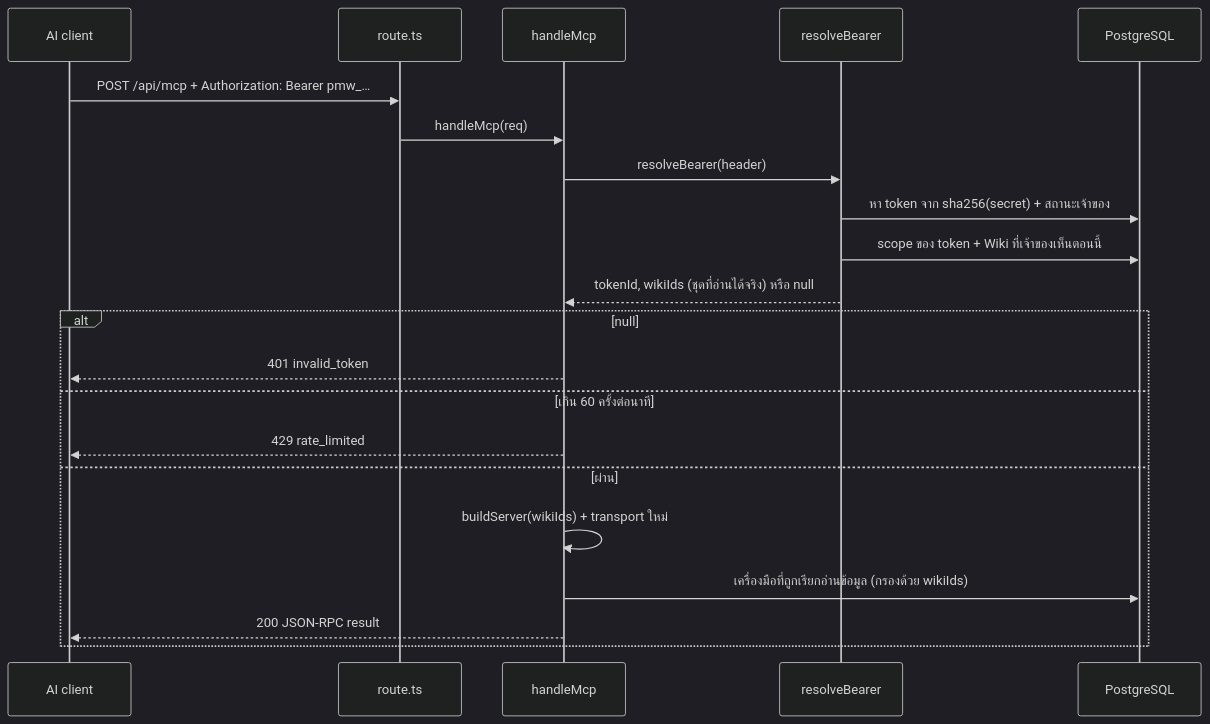
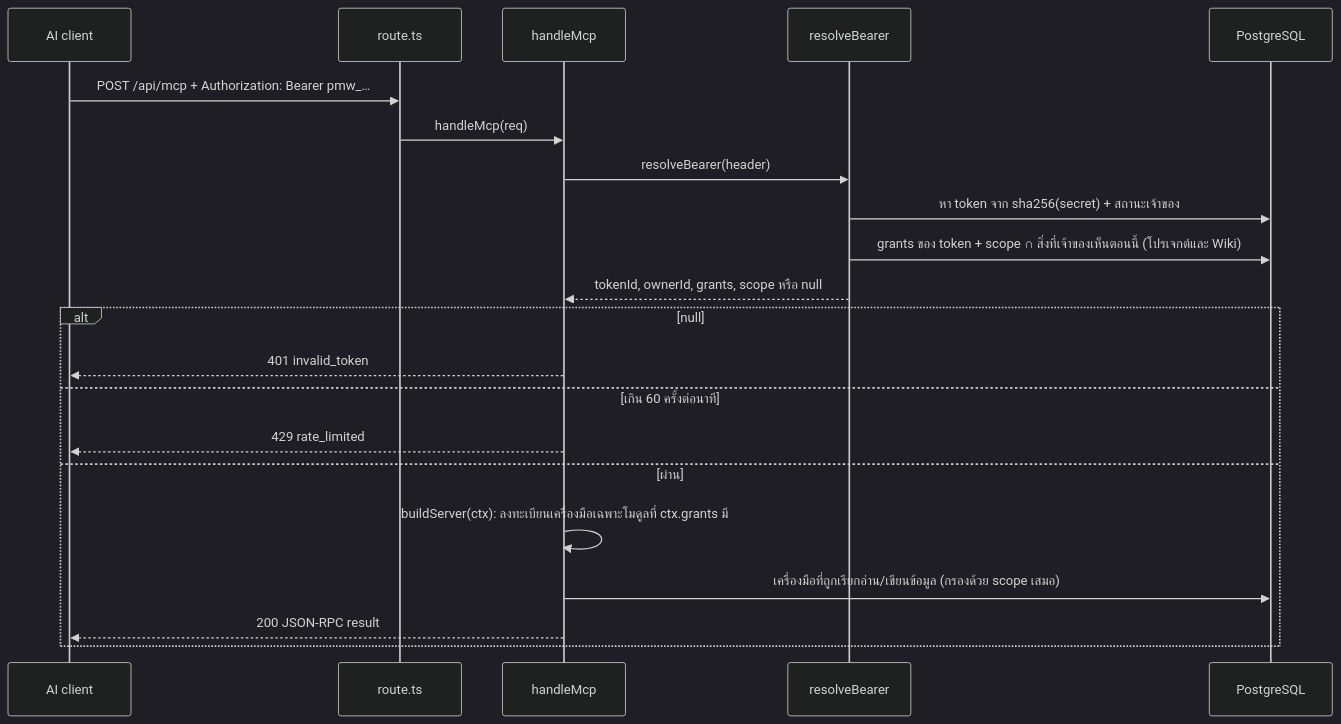
Before and after one commit to omkod2025/project-management-team: the diagram in docs/guides/wiki-mcp-internals.md, drawn with Mermaid (dark theme). The commit also changed other lines of this file and 11 other files, not shown here.

````diff
--- a/docs/guides/wiki-mcp-internals.md
+++ b/docs/guides/wiki-mcp-internals.md
@@ -39,23 +48,23 @@
 ```mermaid
 sequenceDiagram
     participant C as AI client
     participant R as route.ts
     participant M as handleMcp
     participant T as resolveBearer
     participant DB as PostgreSQL
     C->>R: POST /api/mcp + Authorization: Bearer pmw_…
     R->>M: handleMcp(req)
     M->>T: resolveBearer(header)
     T->>DB: หา token จาก sha256(secret) + สถานะเจ้าของ
-    T->>DB: scope ของ token + Wiki ที่เจ้าของเห็นตอนนี้
-    T-->>M: tokenId, wikiIds (ชุดที่อ่านได้จริง) หรือ null
+    T->>DB: grants ของ token + scope ∩ สิ่งที่เจ้าของเห็นตอนนี้ (โปรเจกต์และ Wiki)
+    T-->>M: tokenId, ownerId, grants, scope หรือ null
     alt null
         M-->>C: 401 invalid_token
     else เกิน 60 ครั้งต่อนาที
         M-->>C: 429 rate_limited
     else ผ่าน
-        M->>M: buildServer(wikiIds) + transport ใหม่
-        M->>DB: เครื่องมือที่ถูกเรียกอ่านข้อมูล (กรองด้วย wikiIds)
+        M->>M: buildServer(ctx): ลงทะเบียนเครื่องมือเฉพาะโมดูลที่ ctx.grants มี
+        M->>DB: เครื่องมือที่ถูกเรียกอ่าน/เขียนข้อมูล (กรองด้วย scope เสมอ)
         M-->>C: 200 JSON-RPC result
     end
 ```
````
